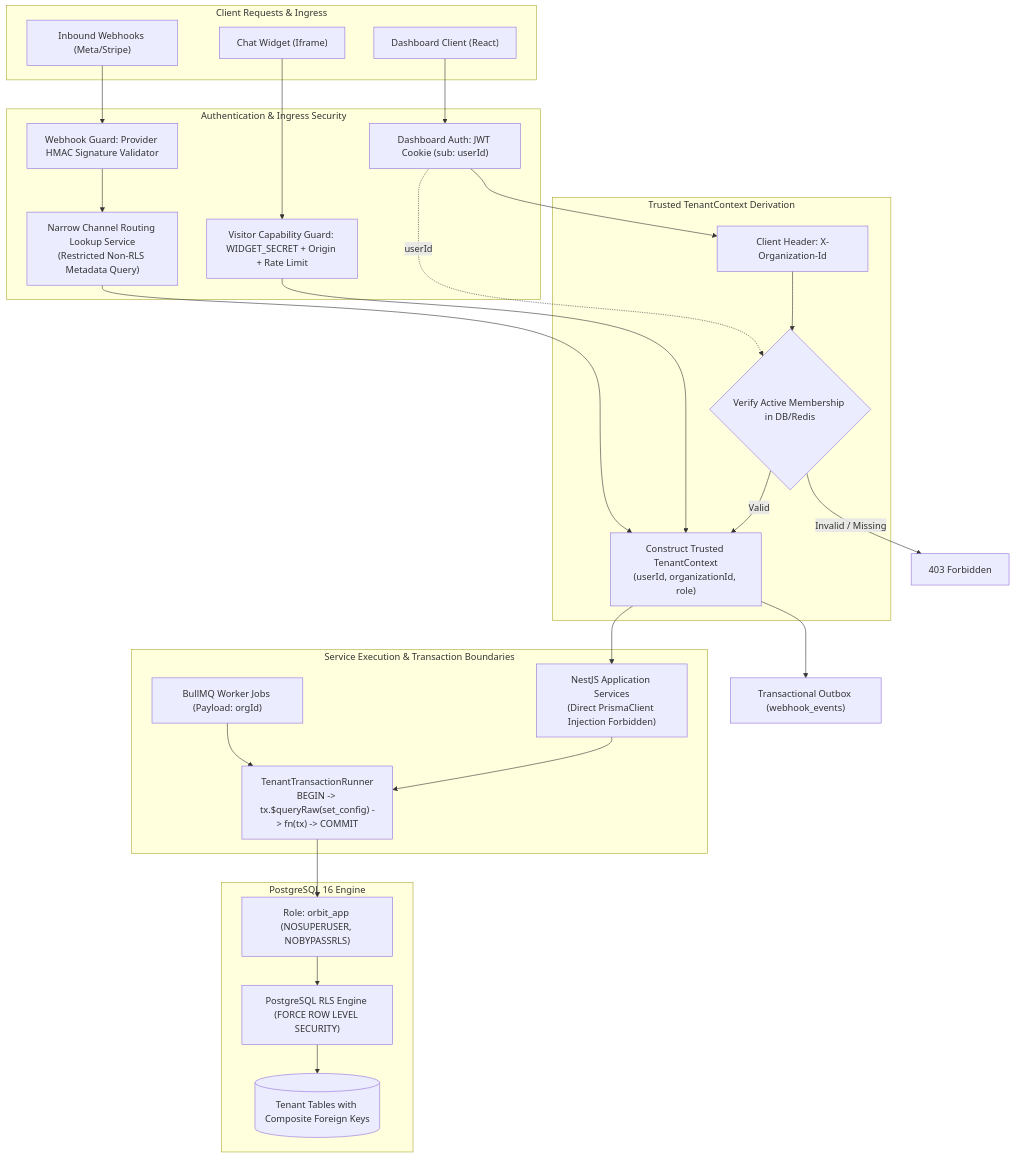
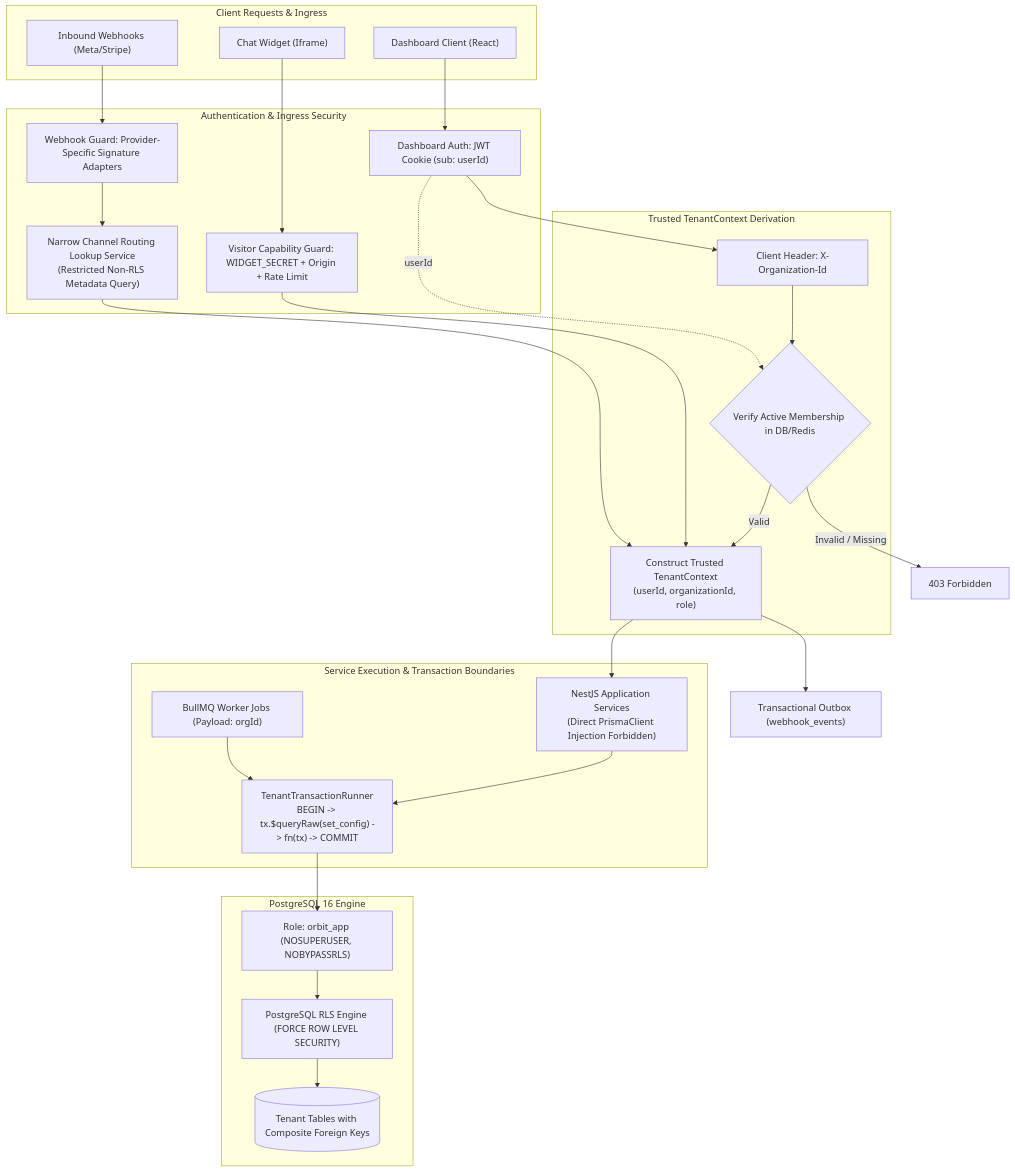
The first of 5 diagrams in docs/ARCHITECTURE.md (HarshParyani33/orbit), drawn with Mermaid before and after one commit. The commit also changed other lines of this file, not shown here.

Commit message:
docs: update architecture specification v1.1.1

````diff
--- a/docs/ARCHITECTURE.md
+++ b/docs/ARCHITECTURE.md
@@ -59,49 +59,49 @@
 ```mermaid
 flowchart TD
     subgraph Ingress["Client Requests & Ingress"]
         WebDash["Dashboard Client (React)"]
         ChatWidget["Chat Widget (Iframe)"]
         Webhooks["Inbound Webhooks (Meta/Stripe)"]
     end
 
     subgraph AuthLayer["Authentication & Ingress Security"]
         DashAuth["Dashboard Auth: JWT Cookie (sub: userId)"]
         WidgetAuth["Visitor Capability Guard: WIDGET_SECRET + Origin + Rate Limit"]
-        WebhookAuth["Webhook Guard: Provider HMAC Signature Validator"]
+        WebhookAuth["Webhook Guard: Provider-Specific Signature Adapters"]
         NarrowLookup["Narrow Channel Routing Lookup Service\n(Restricted Non-RLS Metadata Query)"]
     end
 
     subgraph TenantResolution["Trusted TenantContext Derivation"]
         ReqOrgHeader["Client Header: X-Organization-Id"]
         VerifyMembership{"Verify Active Membership in DB/Redis"}
         MakeTenantContext["Construct Trusted TenantContext\n(userId, organizationId, role)"]
     end
 
     subgraph ExecutionPlane["Service Execution & Transaction Boundaries"]
         NestServices["NestJS Application Services\n(Direct PrismaClient Injection Forbidden)"]
         WorkerJobs["BullMQ Worker Jobs (Payload: orgId)"]
         TenantRunner["TenantTransactionRunner\nBEGIN -> tx.$queryRaw(set_config) -> fn(tx) -> COMMIT"]
     end
 
     subgraph DataPlane["PostgreSQL 16 Engine"]
         RoleApp["Role: orbit_app (NOSUPERUSER, NOBYPASSRLS)"]
         RLS["PostgreSQL RLS Engine (FORCE ROW LEVEL SECURITY)"]
         Tables[("Tenant Tables with Composite Foreign Keys")]
     end
 
     WebDash --> DashAuth --> ReqOrgHeader
     ReqOrgHeader --> VerifyMembership
     DashAuth -.->|userId| VerifyMembership
     VerifyMembership -->|Valid| MakeTenantContext
     VerifyMembership -->|Invalid / Missing| Deny403["403 Forbidden"]
 
     ChatWidget --> WidgetAuth --> MakeTenantContext
     Webhooks --> WebhookAuth --> NarrowLookup --> MakeTenantContext
     MakeTenantContext --> Outbox["Transactional Outbox (webhook_events)"]
 
     MakeTenantContext --> NestServices
     NestServices --> TenantRunner
     WorkerJobs --> TenantRunner
 
     TenantRunner --> RoleApp --> RLS --> Tables
 ```
````
